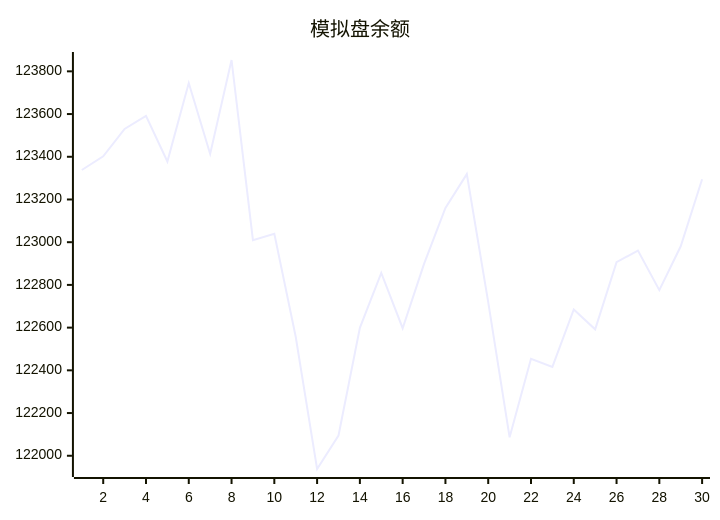
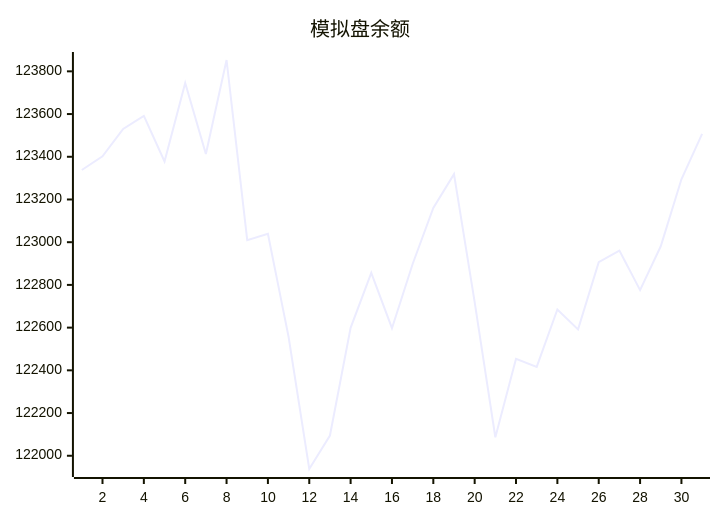
One commit to aahl/mcp-aktools changed the diagram in trading/README.md. Above: the diagram before and after it, drawn with Mermaid. The commit also changed 1 other file, not shown here.

Commit message:
📈 Auto Trading Result

````diff
--- a/trading/README.md
+++ b/trading/README.md
@@ -3,5 +3,5 @@
 ```mermaid
 xychart
     title "模拟盘余额"
-    line [123337.9,123402.4,123530.3,123591.6,123377.9,123745.3,123413.3,123853.1,123009.4,123039.8,122557.0,121938.0,122094.6,122599.0,122856.1,122597.3,122898.1,123160.2,123318.8,122719.1,122086.7,122454.1,122415.9,122685.2,122591.9,122906.8,122960.7,122775.6,122980.9,123294.6]
+    line [123337.9,123402.4,123530.3,123591.6,123377.9,123745.3,123413.3,123853.1,123009.4,123039.8,122557.0,121938.0,122094.6,122599.0,122856.1,122597.3,122898.1,123160.2,123318.8,122719.1,122086.7,122454.1,122415.9,122685.2,122591.9,122906.8,122960.7,122775.6,122980.9,123294.6,123507.0]
 ```
````
